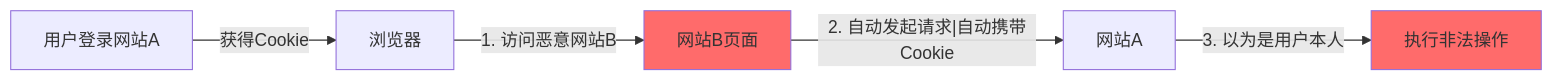
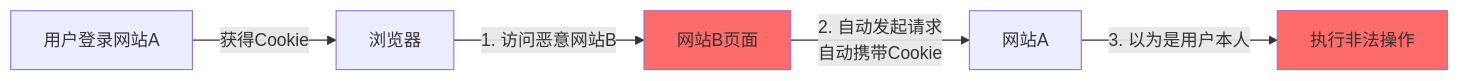
One commit to before80/prgms changed the fifth of 31 diagrams in content/Js/basic/Chapter-38-web-security.md. Above: the diagram before and after it, drawn with Mermaid. The commit also changed other lines of this file and 1645 other files, not shown here.

````diff
--- a/content/Js/basic/Chapter-38-web-security.md
+++ b/content/Js/basic/Chapter-38-web-security.md
@@ -328,9 +328,9 @@
 ```mermaid
 graph LR
     A["用户登录网站A"] -->|"获得Cookie"| B["浏览器"]
     B -->|"1. 访问恶意网站B"| C["网站B页面"]
-    C -->|"2. 自动发起请求|自动携带Cookie"| D["网站A"]
+    C -->|"2. 自动发起请求<br/>自动携带Cookie"| D["网站A"]
     D -->|"3. 以为是用户本人"| E["执行非法操作"]
     style C fill:#ff6b6b
     style E fill:#ff6b6b
 ```
````
